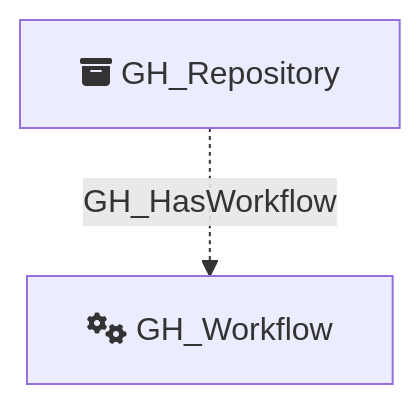
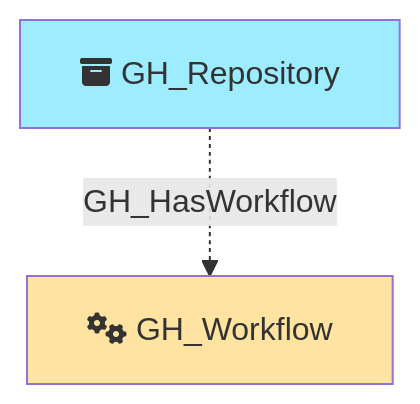
One commit to SpecterOps/bloodhound-docs changed the diagram in docs/opengraph/extensions/githound/reference/nodes/gh_workflow.mdx. Above: the diagram before and after it, drawn with Mermaid. The commit also changed other lines of this file and 52 other files, not shown here.

````diff
--- a/docs/opengraph/extensions/githound/reference/nodes/gh_workflow.mdx
+++ b/docs/opengraph/extensions/githound/reference/nodes/gh_workflow.mdx
@@ -50,8 +62,10 @@
 ```mermaid
 flowchart TD
     GH_Workflow[fa:fa-cogs GH_Workflow]
     GH_Repository[fa:fa-box-archive GH_Repository]
 
+    style GH_Workflow fill:#FFE4A1
+    style GH_Repository fill:#9EECFF
 
     GH_Repository -.->|GH_HasWorkflow| GH_Workflow
 ```
````
